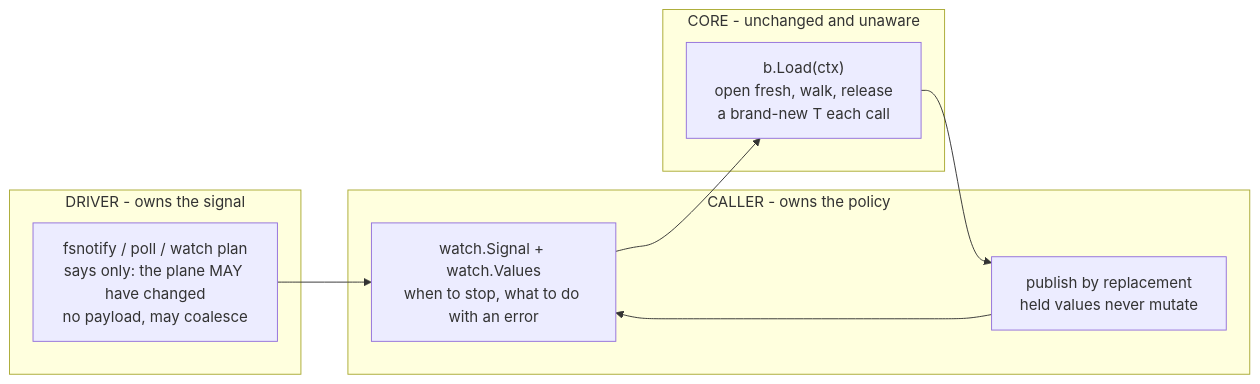
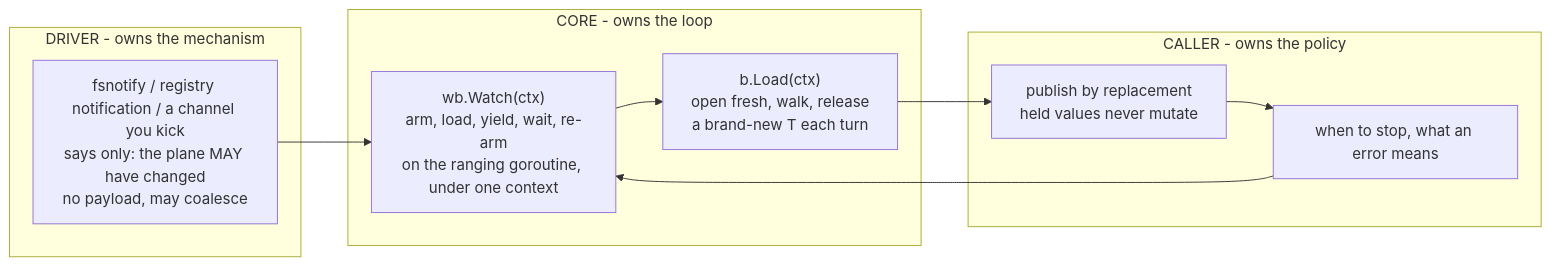
One commit to onhotpath/ferry changed the diagram in docs/guide/watch-reload.md. Above: the diagram before and after it, drawn with Mermaid. The commit also changed other lines of this file and 15 other files, not shown here.

````diff
--- a/docs/guide/watch-reload.md
+++ b/docs/guide/watch-reload.md
@@ -28,17 +29,19 @@
 ```mermaid
 flowchart LR
-  subgraph driver["DRIVER - owns the signal"]
-    SIG["fsnotify / poll / watch plan<br/>says only: the plane MAY have changed<br/>no payload, may coalesce"]
+  subgraph driver["DRIVER - owns the mechanism"]
+    SIG["fsnotify / registry notification / a channel you kick<br/>says only: the plane MAY have changed<br/>no payload, may coalesce"]
+  end
+  subgraph core["CORE - owns the loop"]
+    LOOP["wb.Watch(ctx)<br/>arm, load, yield, wait, re-arm<br/>on the ranging goroutine, under one context"]
+    LOAD["b.Load(ctx)<br/>open fresh, walk, release<br/>a brand-new T each turn"]
   end
   subgraph caller["CALLER - owns the policy"]
-    LOOP["watch.Signal + watch.Values<br/>when to stop, what to do with an error"]
     PUB["publish by replacement<br/>held values never mutate"]
-  end
-  subgraph core["CORE - unchanged and unaware"]
-    LOAD["b.Load(ctx)<br/>open fresh, walk, release<br/>a brand-new T each call"]
+    POL["when to stop, what an error means"]
   end
   SIG --> LOOP
   LOOP --> LOAD
   LOAD --> PUB
-  PUB --> LOOP
+  PUB --> POL
+  POL --> LOOP
 ```
````
